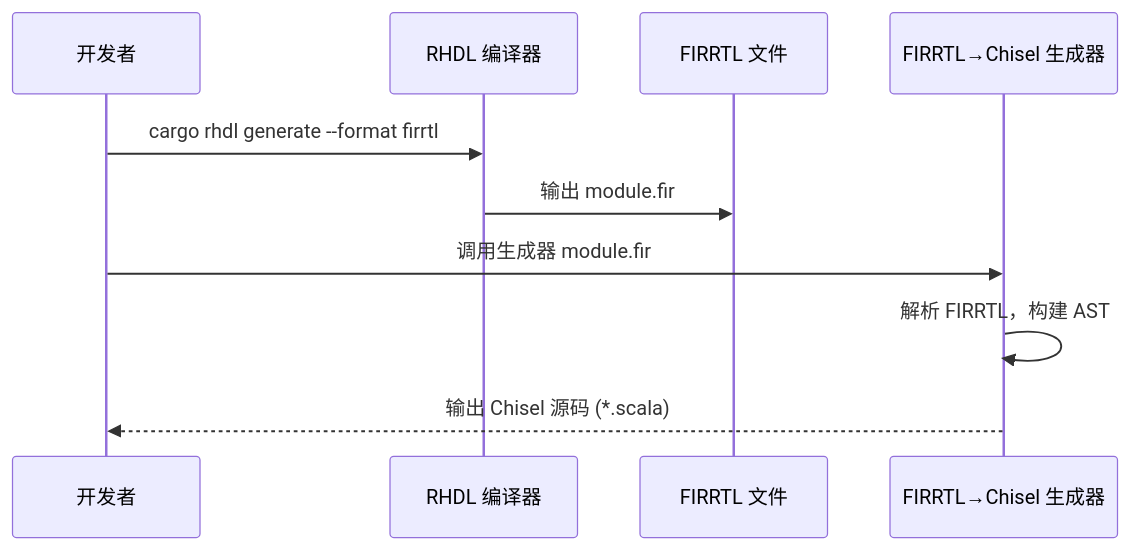
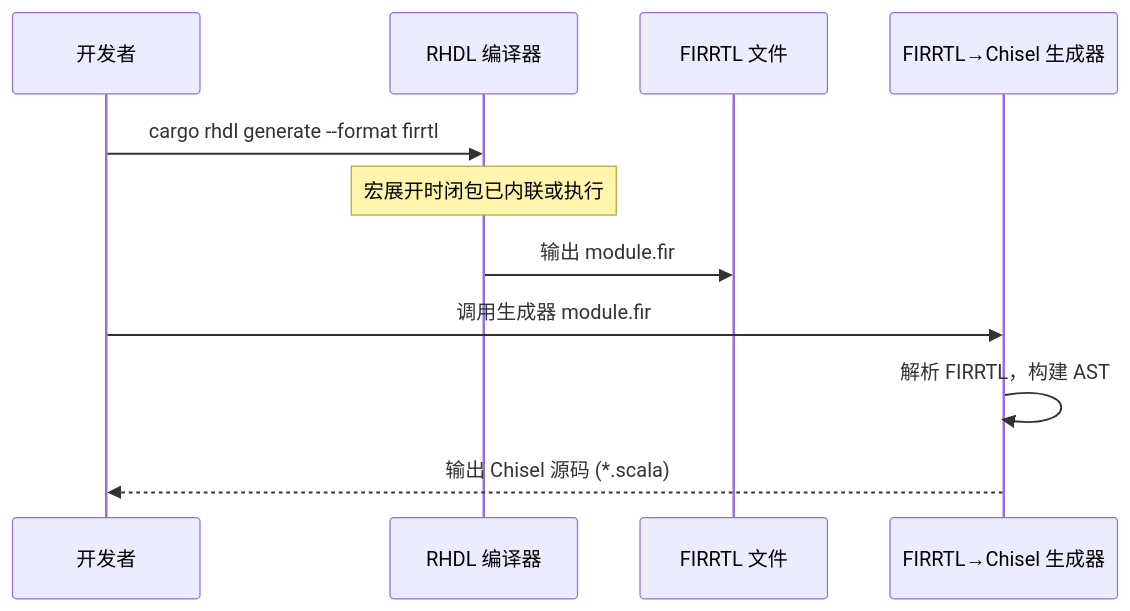
One commit to TangCan/bitloom changed the fourth of 8 diagrams in docs/requirements/12. 与 Chisel 的互转设计.md. Above: the diagram before and after it, drawn with Mermaid. The commit also changed other lines of this file and 17 other files, not shown here.

````diff
--- a/docs/requirements/12. 与 Chisel 的互转设计.md
+++ b/docs/requirements/12. 与 Chisel 的互转设计.md
@@ -120,14 +113,14 @@
 ```mermaid
 sequenceDiagram
     participant User as 开发者
     participant RHDL as RHDL 编译器
     participant FIRRTL as FIRRTL 文件
     participant Gen as FIRRTL→Chisel 生成器
 
     User->>RHDL: cargo rhdl generate --format firrtl
+    Note over RHDL: 宏展开时闭包已内联或执行
     RHDL->>FIRRTL: 输出 module.fir
     User->>Gen: 调用生成器 module.fir
     Gen->>Gen: 解析 FIRRTL，构建 AST
     Gen-->>User: 输出 Chisel 源码 (*.scala)
-
 ```
````
